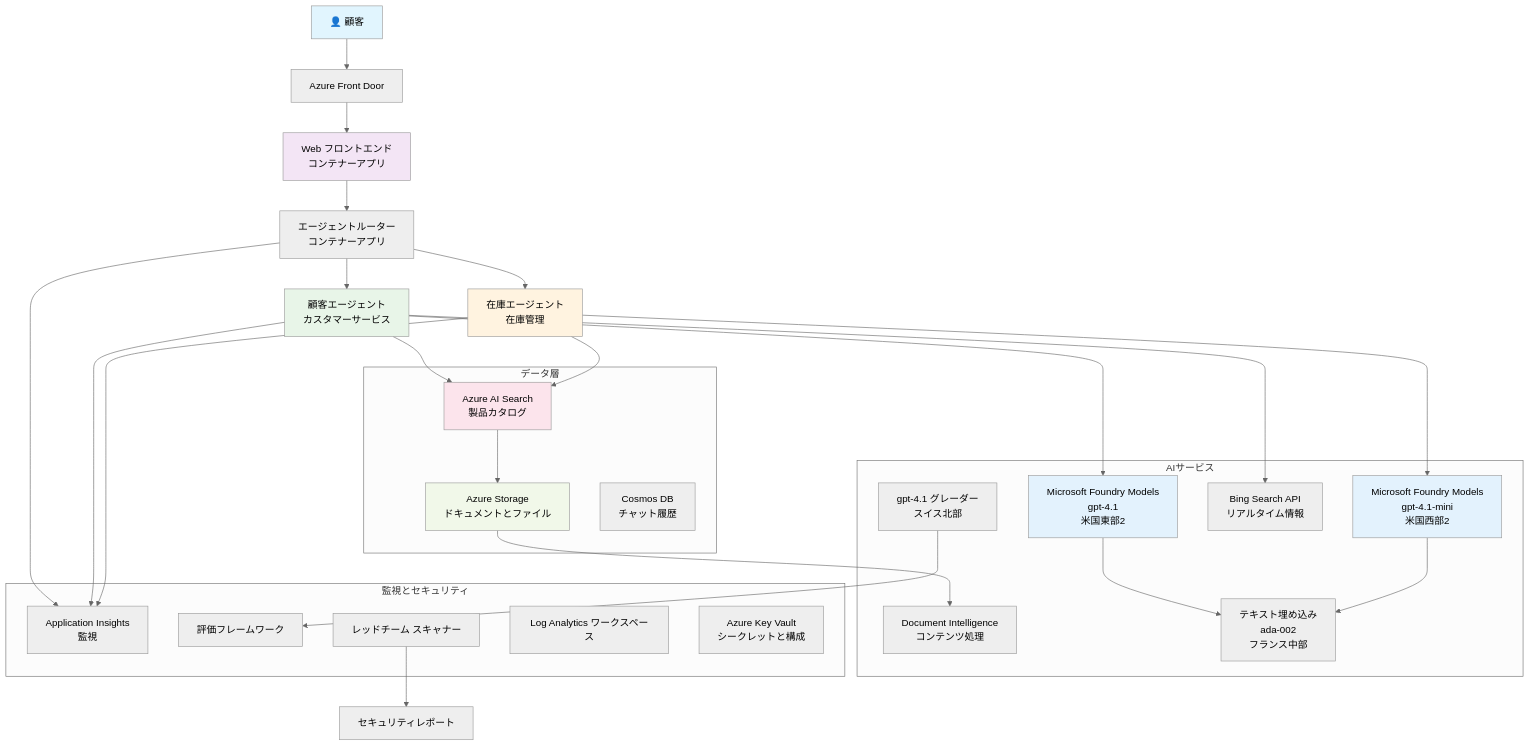
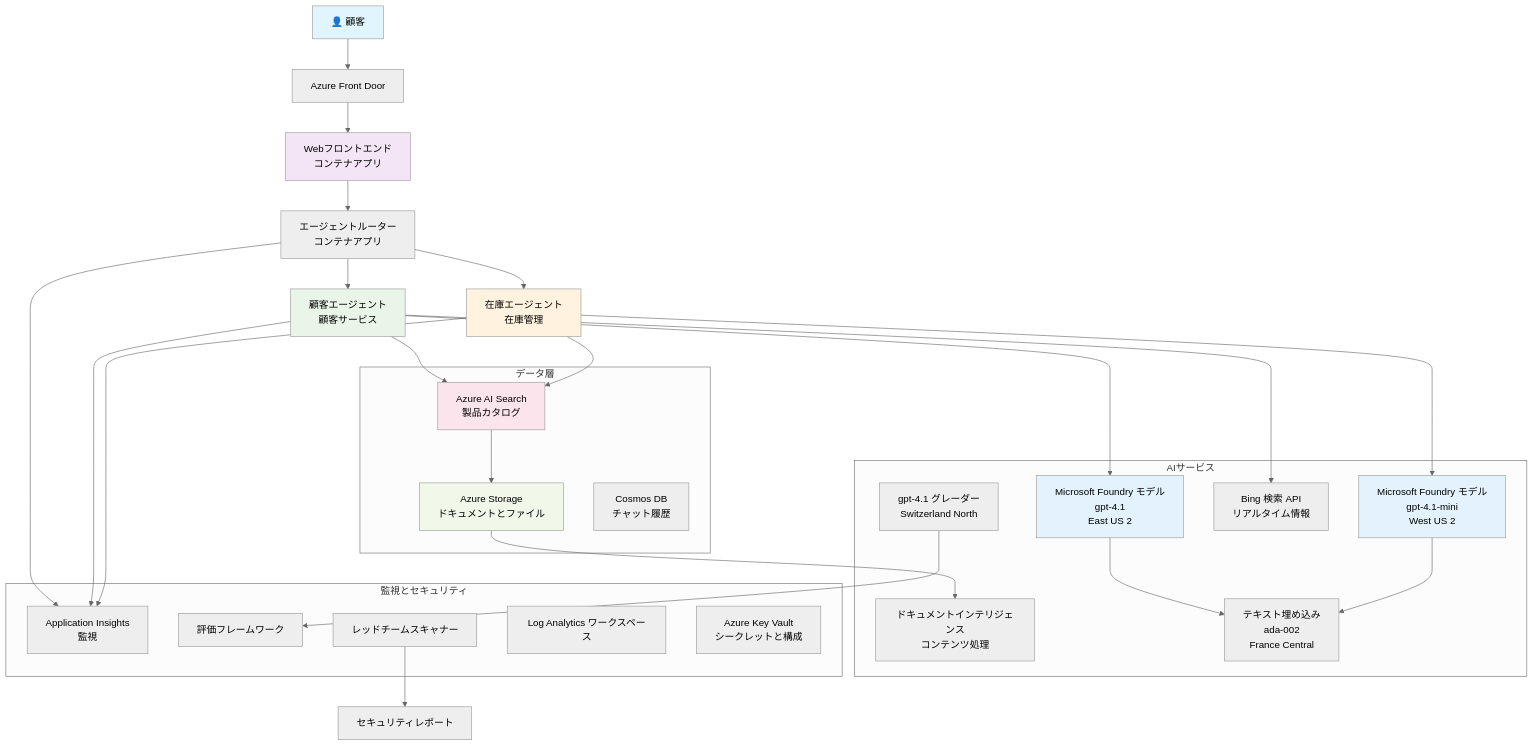
Before and after one commit to microsoft/AZD-for-beginners: the diagram in translations/ja/examples/retail-scenario.md, drawn with Mermaid (neutral theme). The commit also changed other lines of this file and 104 other files, not shown here.

````diff
--- a/translations/ja/examples/retail-scenario.md
+++ b/translations/ja/examples/retail-scenario.md
@@ -139,61 +139,61 @@
 ```mermaid
 graph TB
     User[👤 顧客] --> LB[Azure Front Door]
-    LB --> WebApp[Web フロントエンド<br/>コンテナーアプリ]
+    LB --> WebApp[Webフロントエンド<br/>コンテナアプリ]
     
-    WebApp --> Router[エージェントルーター<br/>コンテナーアプリ]
-    Router --> CustomerAgent[顧客エージェント<br/>カスタマーサービス]
+    WebApp --> Router[エージェントルーター<br/>コンテナアプリ]
+    Router --> CustomerAgent[顧客エージェント<br/>顧客サービス]
     Router --> InvAgent[在庫エージェント<br/>在庫管理]
     
-    CustomerAgent --> OpenAI1[Microsoft Foundry Models<br/>gpt-4.1<br/>米国東部2]
-    InvAgent --> OpenAI2[Microsoft Foundry Models<br/>gpt-4.1-mini<br/>米国西部2]
+    CustomerAgent --> OpenAI1[Microsoft Foundry モデル<br/>gpt-4.1<br/>East US 2]
+    InvAgent --> OpenAI2[Microsoft Foundry モデル<br/>gpt-4.1-mini<br/>West US 2]
     
     CustomerAgent --> AISearch[Azure AI Search<br/>製品カタログ]
-    CustomerAgent --> BingSearch[Bing Search API<br/>リアルタイム情報]
+    CustomerAgent --> BingSearch[Bing 検索 API<br/>リアルタイム情報]
     InvAgent --> AISearch
     
     AISearch --> Storage[Azure Storage<br/>ドキュメントとファイル]
-    Storage --> DocIntel[Document Intelligence<br/>コンテンツ処理]
+    Storage --> DocIntel[ドキュメントインテリジェンス<br/>コンテンツ処理]
     
-    OpenAI1 --> Embeddings[テキスト埋め込み<br/>ada-002<br/>フランス中部]
+    OpenAI1 --> Embeddings[テキスト埋め込み<br/>ada-002<br/>France Central]
     OpenAI2 --> Embeddings
     
     Router --> AppInsights[Application Insights<br/>監視]
     CustomerAgent --> AppInsights
     InvAgent --> AppInsights
     
-    GraderModel[gpt-4.1 グレーダー<br/>スイス北部] --> Evaluation[評価フレームワーク]
-    RedTeam[レッドチーム スキャナー] --> SecurityReports[セキュリティレポート]
+    GraderModel[gpt-4.1 グレーダー<br/>Switzerland North] --> Evaluation[評価フレームワーク]
+    RedTeam[レッドチームスキャナー] --> SecurityReports[セキュリティレポート]
     
     subgraph "データ層"
         Storage
         AISearch
         CosmosDB[Cosmos DB<br/>チャット履歴]
     end
     
     subgraph "AIサービス"
         OpenAI1
         OpenAI2
         Embeddings
         GraderModel
         DocIntel
         BingSearch
     end
     
     subgraph "監視とセキュリティ"
         AppInsights
         LogAnalytics[Log Analytics ワークスペース]
         KeyVault[Azure Key Vault<br/>シークレットと構成]
         RedTeam
         Evaluation
     end
     
     style User fill:#e1f5fe
     style WebApp fill:#f3e5f5
     style CustomerAgent fill:#e8f5e8
     style InvAgent fill:#fff3e0
     style OpenAI1 fill:#e3f2fd
     style OpenAI2 fill:#e3f2fd
     style AISearch fill:#fce4ec
     style Storage fill:#f1f8e9
 ```
````
